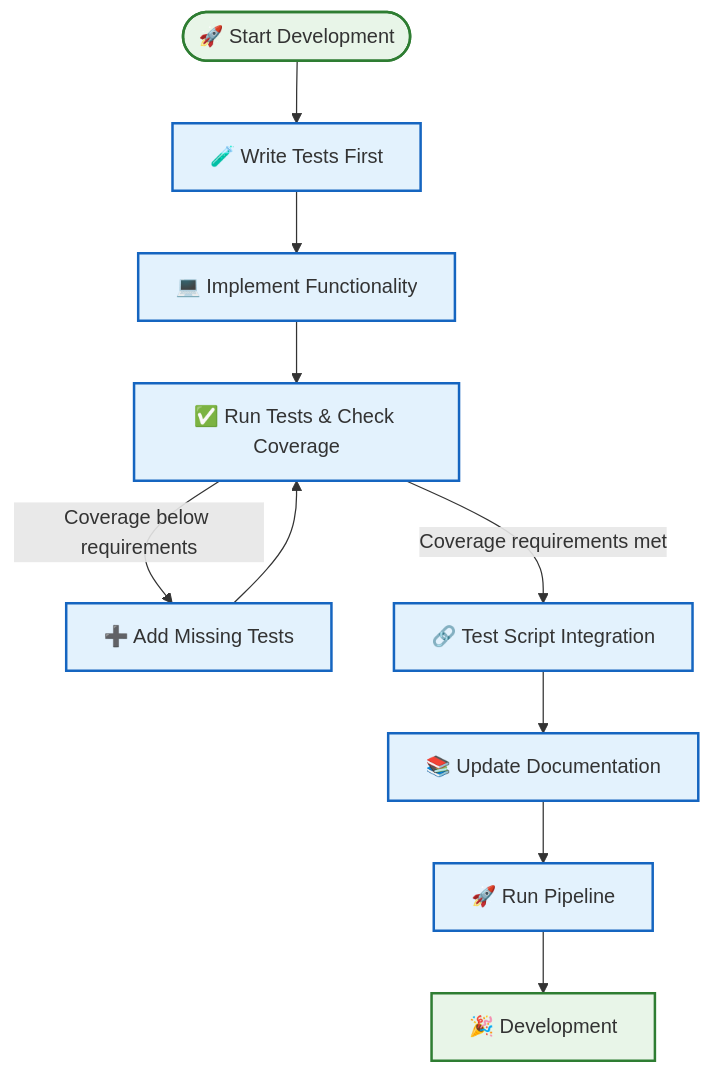
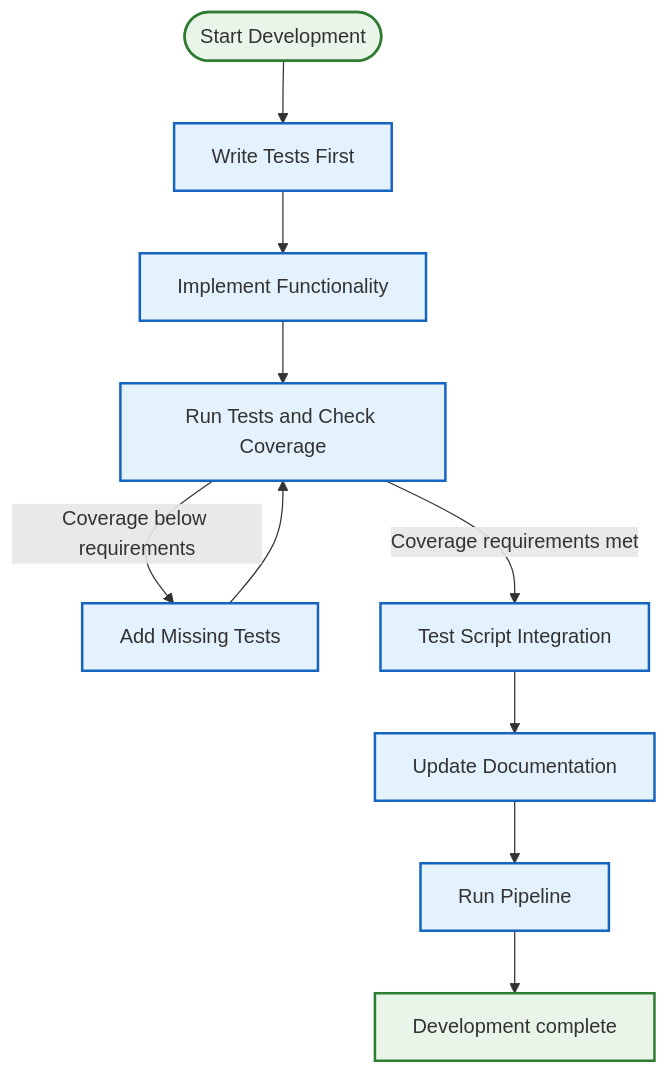
The second of 3 diagrams in docs/reference/copypasta-diagrams.md (docxology/template), drawn with Mermaid before and after one commit. The commit also changed other lines of this file and 164 other files, not shown here.

````diff
--- a/docs/reference/copypasta-diagrams.md
+++ b/docs/reference/copypasta-diagrams.md
@@ -52,19 +49,19 @@
 ```mermaid
 flowchart TD
-    START([🚀 Start Development]) --> TESTS[🧪 Write Tests First]
-    TESTS --> IMPLEMENT[💻 Implement Functionality]
-    IMPLEMENT --> VALIDATE[✅ Run Tests & Check Coverage]
-    VALIDATE -->|Coverage below requirements| ADD_TESTS[➕ Add Missing Tests]
+    START(["Start Development"]) --> TESTS["Write Tests First"]
+    TESTS --> IMPLEMENT["Implement Functionality"]
+    IMPLEMENT --> VALIDATE["Run Tests and Check Coverage"]
+    VALIDATE -->|Coverage below requirements| ADD_TESTS["Add Missing Tests"]
     ADD_TESTS --> VALIDATE
-    VALIDATE -->|Coverage requirements met| INTEGRATION[🔗 Test Script Integration]
-    INTEGRATION --> DOCS[📚 Update Documentation]
-    DOCS --> PIPELINE[🚀 Run Pipeline]
-    PIPELINE --> SUCCESS[🎉 Development]
+    VALIDATE -->|Coverage requirements met| INTEGRATION["Test Script Integration"]
+    INTEGRATION --> DOCS["Update Documentation"]
+    DOCS --> PIPELINE["Run Pipeline"]
+    PIPELINE --> SUCCESS["Development complete"]
     
     classDef process fill:#e3f2fd,stroke:#1565c0,stroke-width:2px
     classDef decision fill:#fff3e0,stroke:#e65100,stroke-width:2px
     classDef success fill:#e8f5e8,stroke:#2e7d32,stroke-width:2px
     
     class TESTS,IMPLEMENT,VALIDATE,ADD_TESTS,INTEGRATION,DOCS,PIPELINE process
     class START,SUCCESS success
 ```
````
